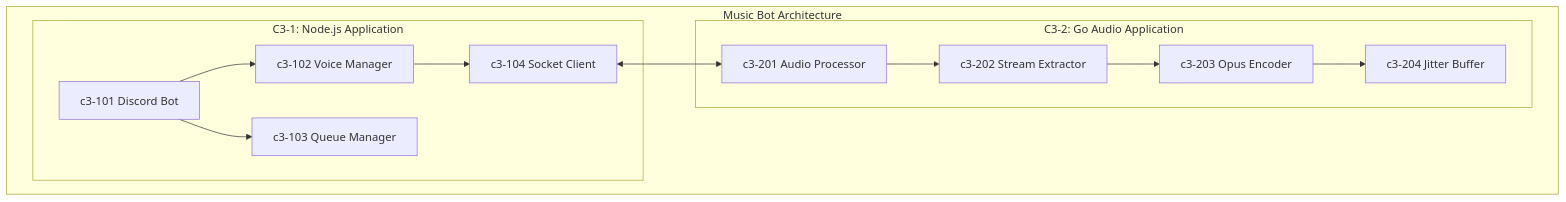
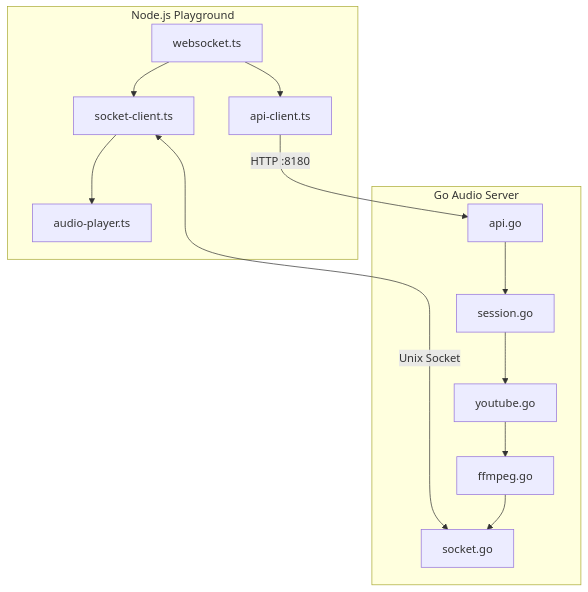
One commit to thewind121212/natashi changed the first of 5 diagrams in .claude/skills/topic-implement/SKILL.md. Above: the diagram before and after it, drawn with Mermaid. The commit also changed other lines of this file and 3 other files, not shown here.

````diff
--- a/.claude/skills/topic-implement/SKILL.md
+++ b/.claude/skills/topic-implement/SKILL.md
@@ -22,23 +22,22 @@
 ```mermaid
 flowchart TB
-    subgraph System["Music Bot Architecture"]
-        subgraph C3_1["C3-1: Node.js Application"]
-            C101[c3-101 Discord Bot]
-            C102[c3-102 Voice Manager]
-            C103[c3-103 Queue Manager]
-            C104[c3-104 Socket Client]
-        end
-
-        subgraph C3_2["C3-2: Go Audio Application"]
-            C201[c3-201 Audio Processor]
-            C202[c3-202 Stream Extractor]
-            C203[c3-203 Opus Encoder]
-            C204[c3-204 Jitter Buffer]
-        end
+    subgraph Playground["Node.js Playground"]
+        WS[websocket.ts]
+        API_C[api-client.ts]
+        SOCK_C[socket-client.ts]
+        PLAYER[audio-player.ts]
     end
 
-    C101 --> C102 --> C104
-    C101 --> C103
-    C104 <--> C201
-    C201 --> C202 --> C203 --> C204
+    subgraph Go["Go Audio Server"]
+        API[api.go]
+        SESSION[session.go]
+        SOCKET[socket.go]
+        FFMPEG[ffmpeg.go]
+        YTDLP[youtube.go]
+    end
+
+    WS --> API_C -->|HTTP :8180| API
+    WS --> SOCK_C <-->|Unix Socket| SOCKET
+    SOCK_C --> PLAYER
+    API --> SESSION --> YTDLP --> FFMPEG --> SOCKET
 ```
````
